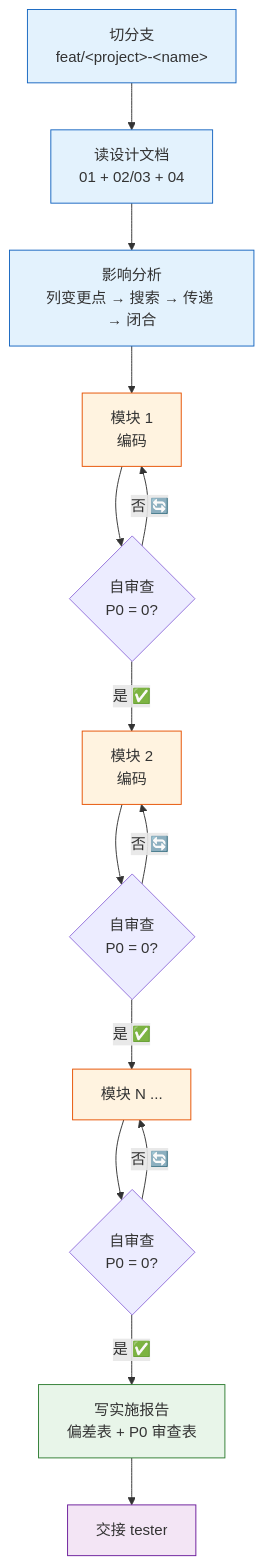
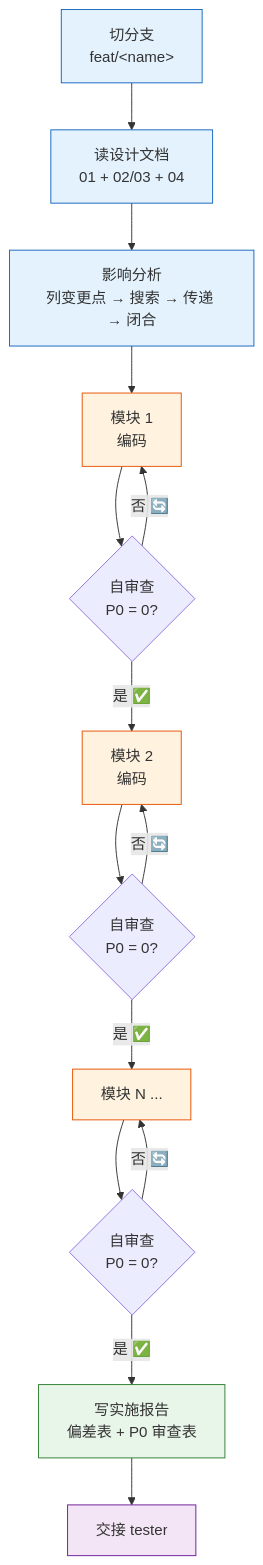
One commit to effiy/YrY changed the first of 4 diagrams in agents/coder.md. Above: the diagram before and after it, drawn with Mermaid. The commit also changed other lines of this file and 22 other files, not shown here.

````diff
--- a/agents/coder.md
+++ b/agents/coder.md
@@ -13,22 +13,22 @@
 ```mermaid
 flowchart TB
-    BR["切分支<br/>feat/&lt;project&gt;-&lt;name&gt;"]:::setup --> RD["读设计文档<br/>01 + 02/03 + 04"]:::setup
+    BR["切分支<br/>feat/&lt;name&gt;"]:::setup --> RD["读设计文档<br/>01 + 02/03 + 04"]:::setup
     RD --> MI["影响分析<br/>列变更点 → 搜索 → 传递 → 闭合"]:::setup
 
     MI --> M1["模块 1<br/>编码"]:::impl
     M1 --> R1{"自审查<br/>P0 = 0?"}
     R1 -->|"否 🔄"| M1
     R1 -->|"是 ✅"| M2["模块 2<br/>编码"]:::impl
     M2 --> R2{"自审查<br/>P0 = 0?"}
     R2 -->|"否 🔄"| M2
     R2 -->|"是 ✅"| MN["模块 N ..."]:::impl
     MN --> RN{"自审查<br/>P0 = 0?"}
     RN -->|"否 🔄"| MN
     RN -->|"是 ✅"| RP["写实施报告<br/>偏差表 + P0 审查表"]:::report
     RP --> HD["交接 tester"]:::done
 
     classDef setup fill:#e3f2fd,stroke:#1565c0;
     classDef impl fill:#fff3e0,stroke:#e65100;
     classDef report fill:#e8f5e9,stroke:#2e7d32;
     classDef done fill:#f3e5f5,stroke:#6a1b9a;
 ```
````
